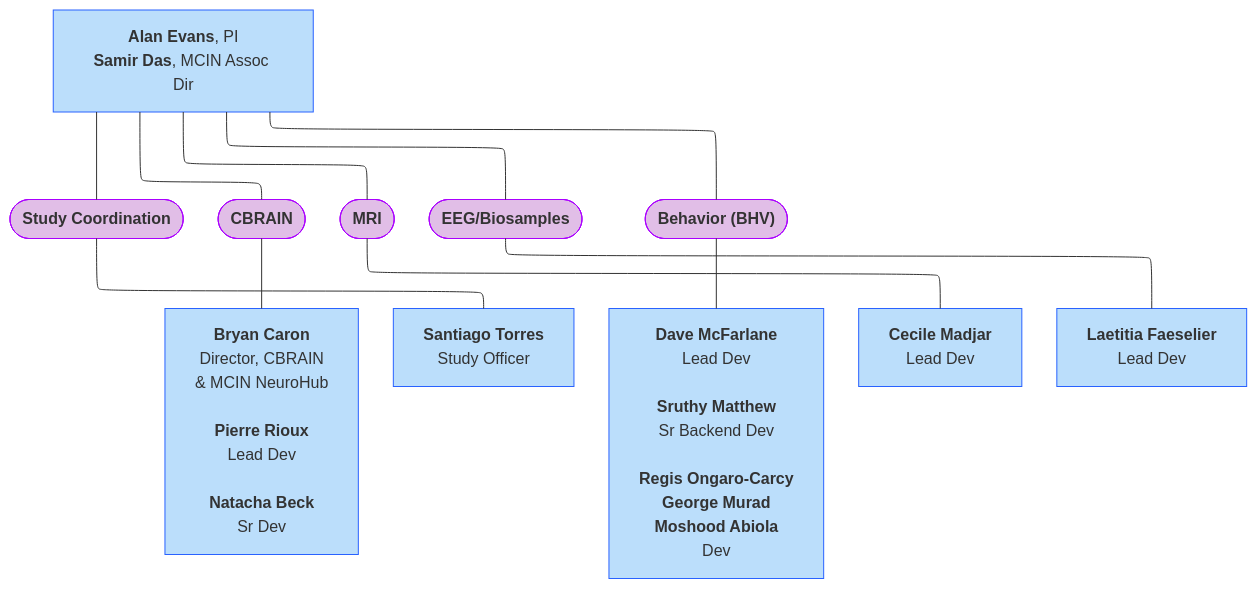
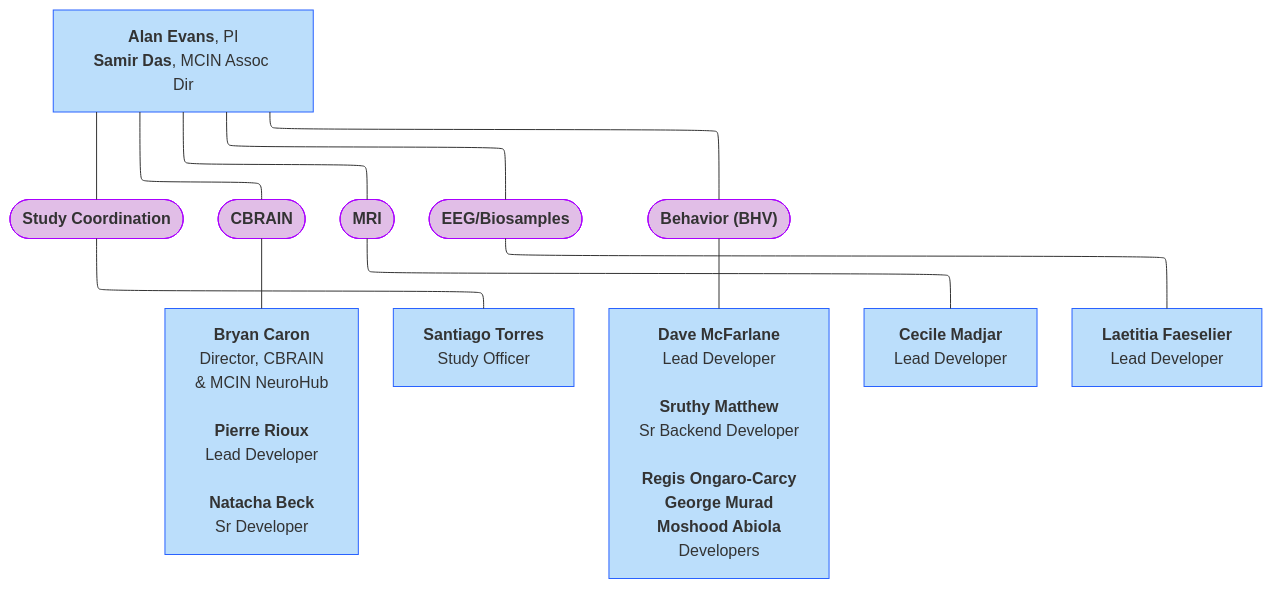
Before and after one commit to DCAN-Labs/hbcd-docs-internal: the second of 9 diagrams in docs/orgcharts.md, drawn with Mermaid. The commit also changed other lines of this file, not shown here.

````diff
--- a/docs/orgcharts.md
+++ b/docs/orgcharts.md
@@ -78,24 +89,24 @@
 ```mermaid
 ---
 config:
   layout: elk
 ---
 flowchart TB
     nl["<b>Alan Evans</b>, PI<br><b>Samir Das</b>, MCIN Assoc Dir"] --- n9(["<b>Study Coordination</b>"]) & C(["<b>CBRAIN</b>"]) & G(["<b>MRI</b>"]) & H(["<b>EEG/Biosamples</b>"]) & F(["<b>Behavior (BHV)</b>"])
-    C --- n12["<b>Bryan Caron</b><br>Director, CBRAIN<br>&amp; MCIN NeuroHub<br><br><b>Pierre Rioux</b><br>Lead Dev<br><br><b>Natacha Beck</b><br>Sr Dev"]
+    C --- n12["<b>Bryan Caron</b><br>Director, CBRAIN<br>&amp; MCIN NeuroHub<br><br><b>Pierre Rioux</b><br>Lead Developer<br><br><b>Natacha Beck</b><br>Sr Developer"]
     n9 --- E["<b>Santiago Torres</b><br>Study Officer"]
-    F --- I["<b>Dave McFarlane</b><br>Lead Dev<br><br><b>Sruthy Matthew</b><br>Sr Backend Dev<br><br><b>Regis Ongaro-Carcy<br>George Murad<br>Moshood Abiola</b><br>Dev"]
-    G --- L["<b>Cecile Madjar</b><br>Lead Dev"]
-    H --- M["<b>Laetitia Faeselier</b><br>Lead Dev"]
+    F --- I["<b>Dave McFarlane</b><br>Lead Developer<br><br><b>Sruthy Matthew</b><br>Sr Backend Developer<br><br><b>Regis Ongaro-Carcy<br>George Murad<br>Moshood Abiola</b><br>Developers"]
+    G --- L["<b>Cecile Madjar</b><br>Lead Developer"]
+    H --- M["<b>Laetitia Faeselier</b><br>Lead Developer"]
     style nl stroke:#2962FF,fill:#BBDEFB
     style n9 stroke:#AA00FF,fill:#E1BEE7
     style C stroke:#AA00FF,fill:#E1BEE7
     style G stroke:#AA00FF,fill:#E1BEE7
     style H stroke:#AA00FF,fill:#E1BEE7
     style F stroke:#AA00FF,fill:#E1BEE7
     style n12 stroke:#2962FF,fill:#BBDEFB
     style E stroke:#2962FF,fill:#BBDEFB
     style I stroke:#2962FF,fill:#BBDEFB
     style L stroke:#2962FF,fill:#BBDEFB
     style M stroke:#2962FF,fill:#BBDEFB
 ```
````
